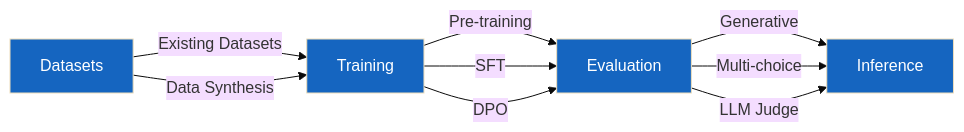
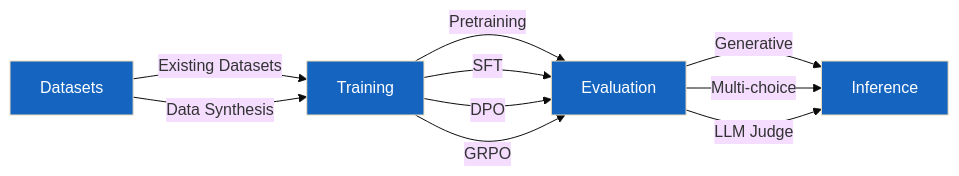
The diagram in docs/get_started/core_concepts.md (oumi-ai/oumi), drawn with Mermaid before and after one commit. The commit also changed other lines of this file, not shown here.

````diff
--- a/docs/get_started/core_concepts.md
+++ b/docs/get_started/core_concepts.md
@@ -11,23 +31,24 @@
 ```{mermaid}
 %%{init: {'theme': 'base', 'themeVariables': { 'background': '#f5f5f5'}}}%%
 graph LR
     %% Data stage connections
     DS[Datasets] --> |Existing Datasets| TR[Training]
     DS --> |Data Synthesis| TR
 
     %% Training methods
-    TR --> |Pre-training| EV[Evaluation]
+    TR --> |Pretraining| EV[Evaluation]
     TR --> |SFT| EV
     TR --> |DPO| EV
+    TR --> |GRPO| EV
 
     %% Evaluation methods spread horizontally
     EV --> |Generative| INF[Inference]
     EV --> |Multi-choice| INF
     EV --> |LLM Judge| INF
 
     %% Style for core workflow
     style DS fill:#1565c0,color:#ffffff
     style TR fill:#1565c0,color:#ffffff
     style EV fill:#1565c0,color:#ffffff
     style INF fill:#1565c0,color:#ffffff
 ```
````
